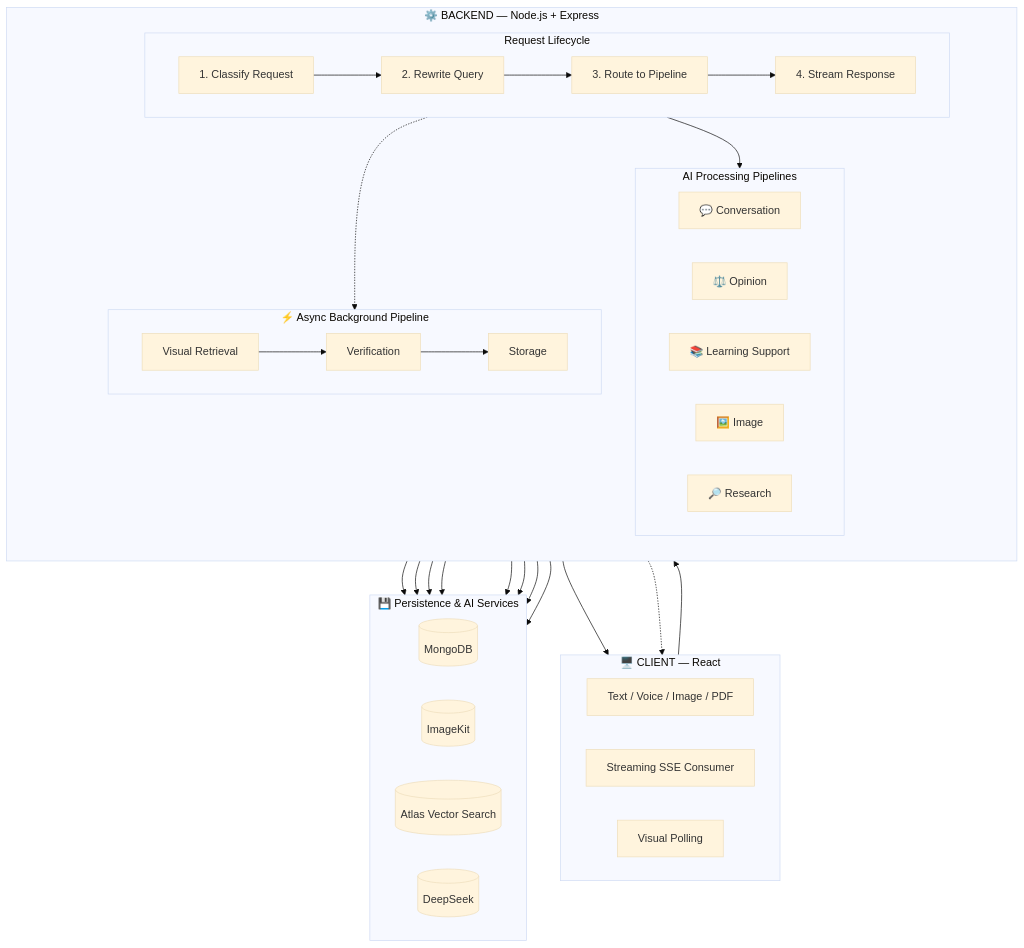
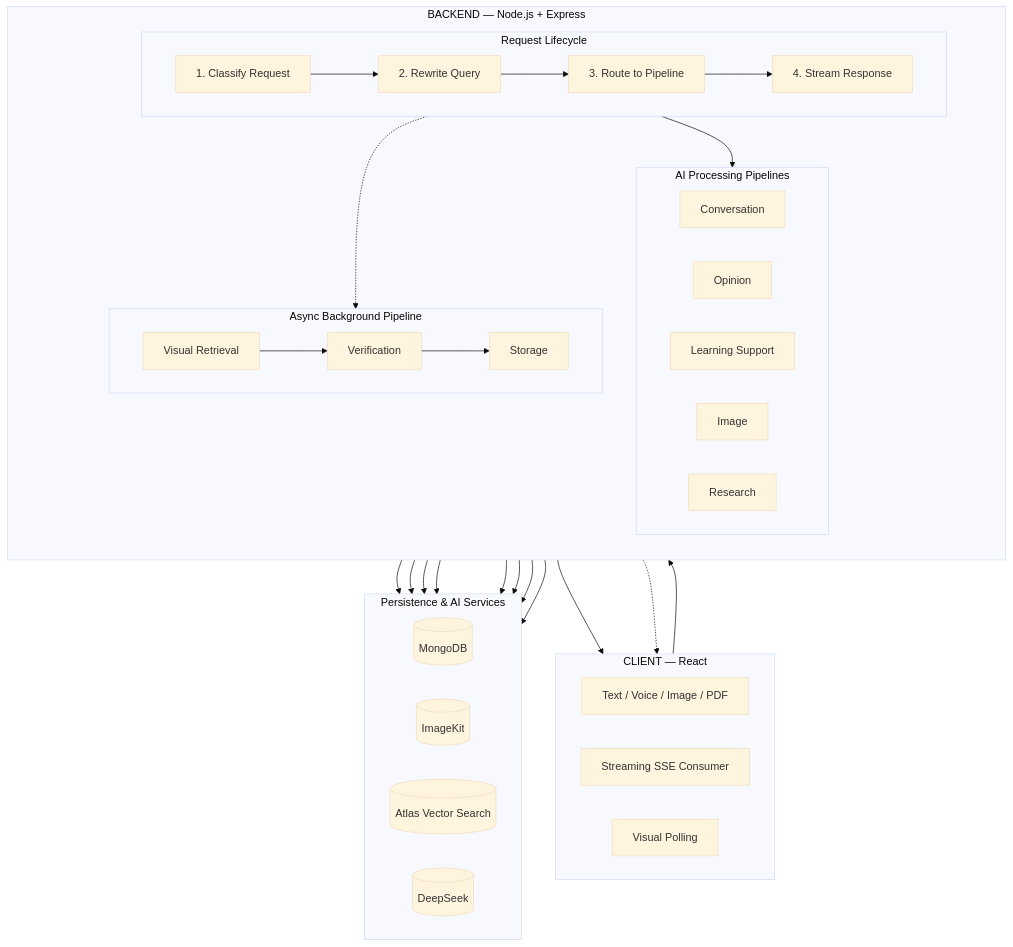
The first of 8 diagrams in README.md (Ha1AY3/Veritas), drawn with Mermaid (base theme) before and after one commit. The commit also changed other lines of this file, not shown here.

````diff
--- a/README.md
+++ b/README.md
@@ -110,70 +121,68 @@
 ```mermaid
 flowchart TB
 
-    subgraph CLIENT["🖥️ CLIENT — React"]
+    subgraph CLIENT["CLIENT — React"]
         direction LR
         INPUT["Text / Voice / Image / PDF"]
         SSE["Streaming SSE Consumer"]
         POLL["Visual Polling"]
     end
 
-    subgraph BACKEND["⚙️ BACKEND — Node.js + Express"]
+    subgraph BACKEND["BACKEND — Node.js + Express"]
         direction TB
 
         subgraph LIFECYCLE["Request Lifecycle"]
             direction LR
             CLASSIFY["1. Classify Request"]
             REWRITE["2. Rewrite Query"]
             ROUTE["3. Route to Pipeline"]
             STREAM["4. Stream Response"]
 
             CLASSIFY --> REWRITE --> ROUTE --> STREAM
         end
 
         subgraph PIPELINES["AI Processing Pipelines"]
             direction LR
-            CONVERSATION["💬 Conversation"]
-            OPINION["⚖️ Opinion"]
-            LEARNING["📚 Learning Support"]
-            IMAGE["🖼️ Image"]
-            RESEARCH["🔎 Research"]
+            CONVERSATION["Conversation"]
+            OPINION["Opinion"]
+            LEARNING["Learning Support"]
+            IMAGE["Image"]
+            RESEARCH["Research"]
         end
 
         ROUTE --> PIPELINES
 
-        subgraph ASYNC["⚡ Async Background Pipeline"]
+        subgraph ASYNC["Async Background Pipeline"]
             direction LR
             VISUAL["Visual Retrieval"]
             VERIFY["Verification"]
             STORAGE["Storage"]
 
             VISUAL --> VERIFY --> STORAGE
         end
 
         STREAM -.-> ASYNC
     end
 
-    subgraph PERSISTENCE["💾 Persistence & AI Services"]
+    subgraph PERSISTENCE["Persistence & AI Services"]
         direction LR
-
         MONGO[("MongoDB")]
         IMAGEKIT[("ImageKit")]
         VECTOR[("Atlas Vector Search")]
         DEEPSEEK[("DeepSeek")]
     end
 
     INPUT --> CLASSIFY
     STREAM --> SSE
     ASYNC -.-> POLL
 
     STORAGE --> MONGO
     STORAGE --> IMAGEKIT
-
     RESEARCH --> VECTOR
 
     CONVERSATION --> DEEPSEEK
     OPINION --> DEEPSEEK
     LEARNING --> DEEPSEEK
     IMAGE --> DEEPSEEK
     RESEARCH --> DEEPSEEK
 ```
````
